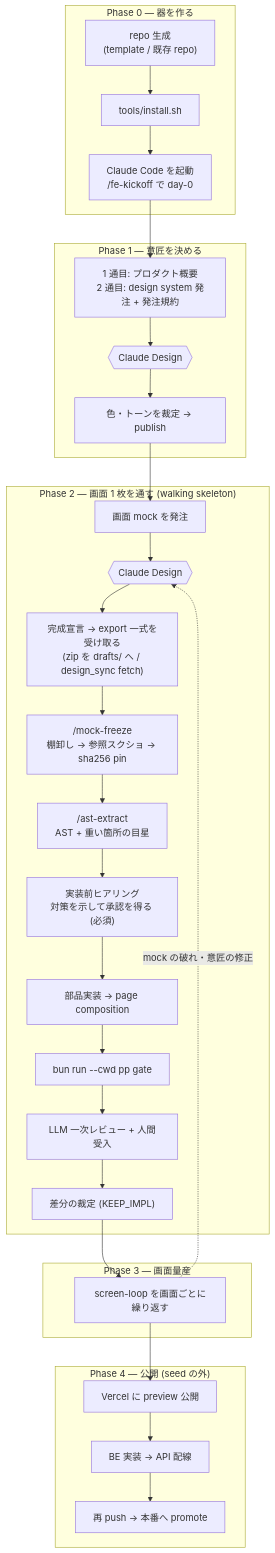
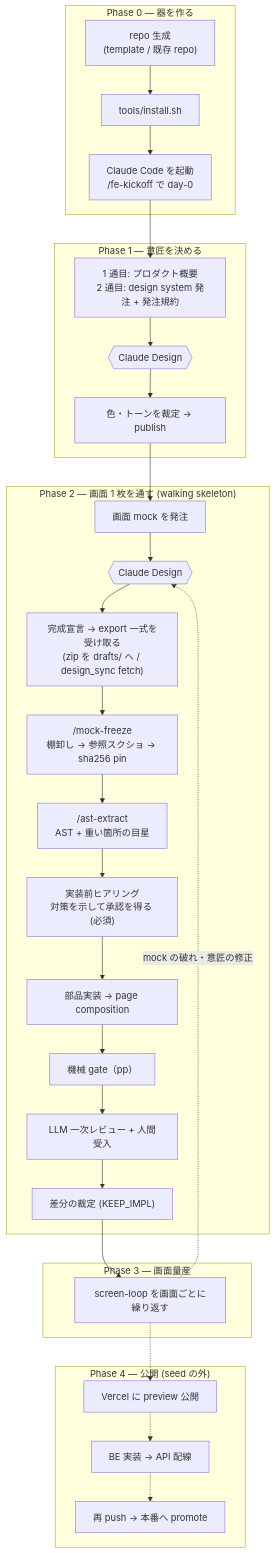
Before and after one commit to h2suzuki/claude-design-fe-starter: the diagram in README.md, drawn with Mermaid. The commit also changed other lines of this file and 4 other files, not shown here.

````diff
--- a/README.md
+++ b/README.md
@@ -34,33 +37,33 @@
 ```mermaid
 flowchart TD
   subgraph P0["Phase 0 — 器を作る"]
     A["repo 生成<br/>(template / 既存 repo)"] --> B["tools/install.sh"]
     B --> C["Claude Code を起動<br/>/fe-kickoff で day-0"]
   end
   subgraph P1["Phase 1 — 意匠を決める"]
     C --> D["1 通目: プロダクト概要<br/>2 通目: design system 発注 + 発注規約"]
     D --> CD1{{"Claude Design"}}
     CD1 --> E["色・トーンを裁定 → publish"]
   end
   subgraph P2["Phase 2 — 画面 1 枚を通す (walking skeleton)"]
     E --> F["画面 mock を発注"]
     F --> CD2{{"Claude Design"}}
     CD2 --> G["完成宣言 → export 一式を受け取る<br/>(zip を drafts/ へ / design_sync fetch)"]
     G --> H["/mock-freeze<br/>棚卸し → 参照スクショ → sha256 pin"]
     H --> I["/ast-extract<br/>AST + 重い箇所の目星"]
     I --> J["実装前ヒアリング<br/>対策を示して承認を得る (必須)"]
     J --> K["部品実装 → page composition"]
-    K --> L["bun run --cwd pp gate"]
+    K --> L["機械 gate（pp）"]
     L --> M["LLM 一次レビュー + 人間受入"]
     M --> N["差分の裁定 (KEEP_IMPL)"]
   end
   subgraph P3["Phase 3 — 画面量産"]
     N --> O["screen-loop を画面ごとに繰り返す"]
     O -.->|"mock の破れ・意匠の修正"| CD2
   end
   subgraph P4["Phase 4 — 公開 (seed の外)"]
-    O --> Q["Vercel に preview 公開"]
-    Q --> R["BE 実装 → API 配線"]
-    R --> S["再 push → 本番へ promote"]
+    O -.-> Q["Vercel に preview 公開"]
+    Q -.-> R["BE 実装 → API 配線"]
+    R -.-> S["再 push → 本番へ promote"]
   end
 ```
````
